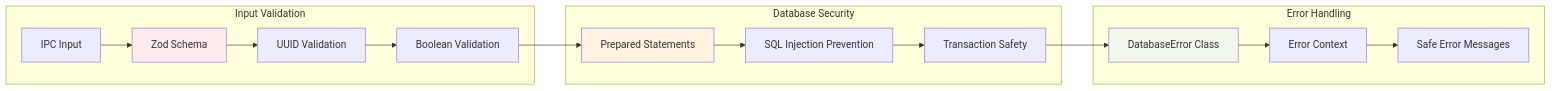
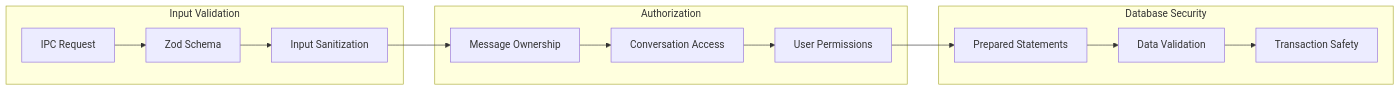
One commit to langadventurellc/fishbowl changed the third of 3 diagrams in .tasks/phase-1.2.1/20250711-message-active-state-tasks.md. Above: the diagram before and after it, drawn with Mermaid. The commit also changed other lines of this file and 1 other file, not shown here.

````diff
--- a/.tasks/phase-1.2.1/20250711-message-active-state-tasks.md
+++ b/.tasks/phase-1.2.1/20250711-message-active-state-tasks.md
@@ -66,24 +80,29 @@
 ```mermaid
 graph LR
     subgraph "Input Validation"
-        A[IPC Input] --> B[Zod Schema]
-        B --> C[UUID Validation]
-        C --> D[Boolean Validation]
+        Request[IPC Request]
+        Zod[Zod Schema]
+        Sanitize[Input Sanitization]
+    end
+
+    subgraph "Authorization"
+        Ownership[Message Ownership]
+        Access[Conversation Access]
+        Permissions[User Permissions]
     end
 
     subgraph "Database Security"
-        D --> E[Prepared Statements]
-        E --> F[SQL Injection Prevention]
-        F --> G[Transaction Safety]
+        Prepared[Prepared Statements]
+        Validation[Data Validation]
+        Transactions[Transaction Safety]
     end
 
-    subgraph "Error Handling"
-        G --> H[DatabaseError Class]
-        H --> I[Error Context]
-        I --> J[Safe Error Messages]
-    end
-
-    style B fill:#ffebee
-    style E fill:#fff3e0
-    style H fill:#f1f8e9
+    Request --> Zod
+    Zod --> Sanitize
+    Sanitize --> Ownership
+    Ownership --> Access
+    Access --> Permissions
+    Permissions --> Prepared
+    Prepared --> Validation
+    Validation --> Transactions
 ```
````
